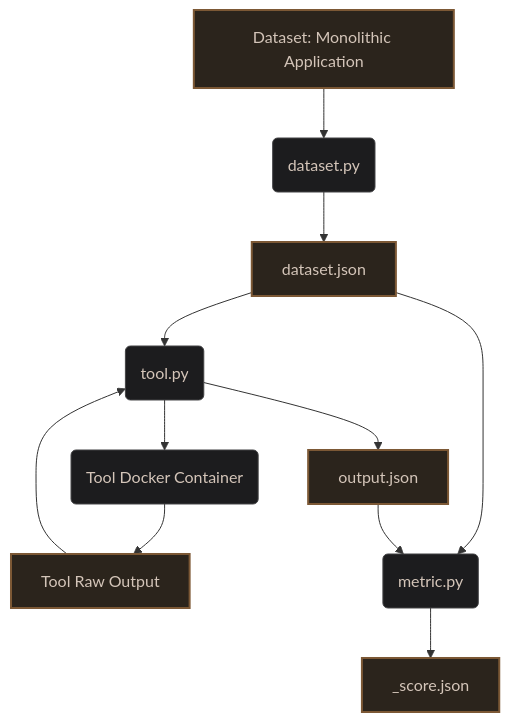
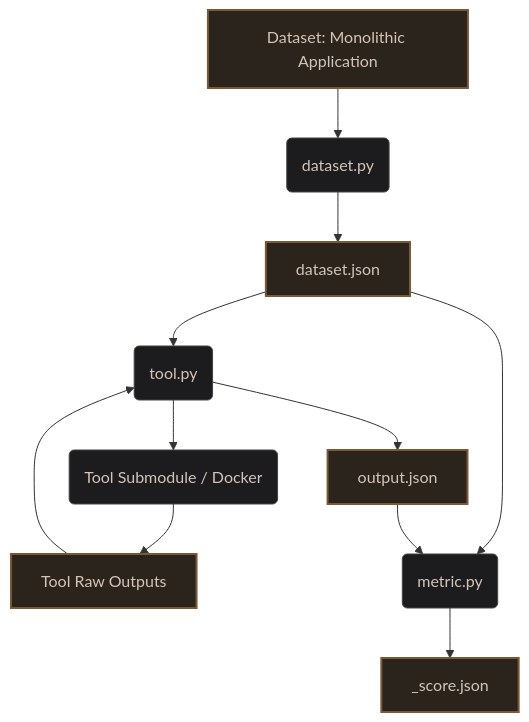
One commit to EmbedFlow-MicroserviceDecomposition/sota-benchmarking changed the diagram in README.md. Above: the diagram before and after it, drawn with Mermaid. The commit also changed other lines of this file, not shown here.

Commit message:
Update root README: Clarify pipeline flexibility and document schemas

````diff
--- a/README.md
+++ b/README.md
@@ -21,32 +68,32 @@
 ```mermaid
 graph TD
     %% --- Data Nodes ---
     Monolith[Dataset: Monolithic Application]:::data
     DatasetJSON[dataset.json]:::data
-    RawOutput[Tool Raw Output]:::data
+    RawOutput[Tool Raw Outputs]:::data
     OutputJSON[output.json]:::data
     MetricJSON[<metric>_score.json]:::data
 
     %% --- Process Nodes ---
     DatasetPY(dataset.py):::process
     ToolPY(tool.py):::process
     MetricPY(metric.py):::process
-    DockerTool(Tool Docker Container):::process
+    DockerTool(Tool Submodule / Docker):::process
 
     %% --- Pipeline ---
     Monolith --> DatasetPY
     DatasetPY --> DatasetJSON
     
     DatasetJSON --> ToolPY
     ToolPY --> DockerTool
     DockerTool --> RawOutput
     RawOutput --> ToolPY
     ToolPY --> OutputJSON
     
     DatasetJSON --> MetricPY
     OutputJSON --> MetricPY
     MetricPY --> MetricJSON
 
     classDef data fill:#2b241c,stroke:#7c5835,stroke-width:2px,color:#d4c5b9;
     classDef process fill:#1c1c1e,stroke:#444446,stroke-width:1px,color:#d4c5b9;
 ```
````
